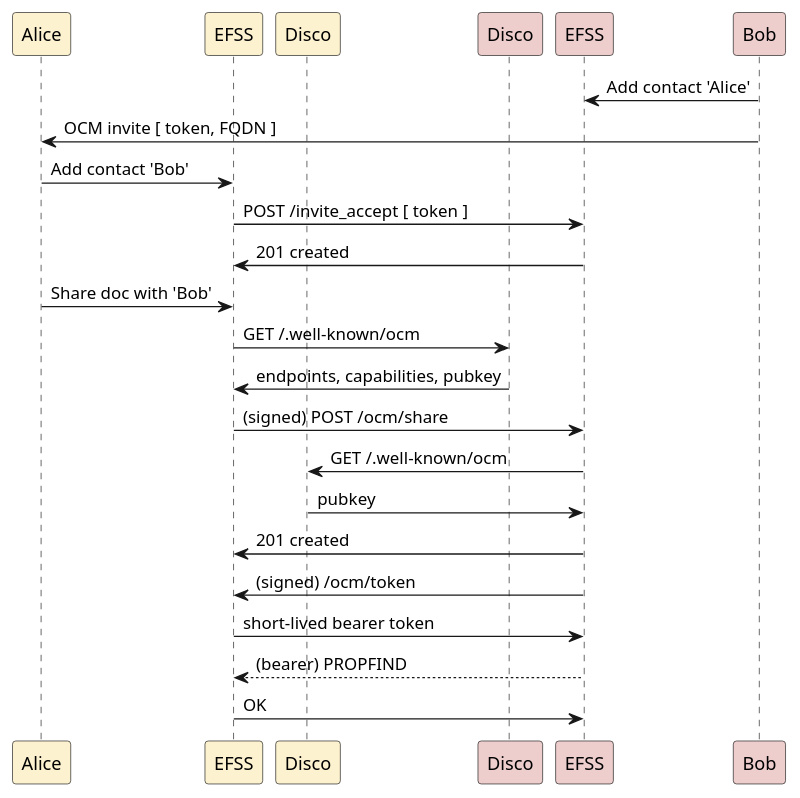
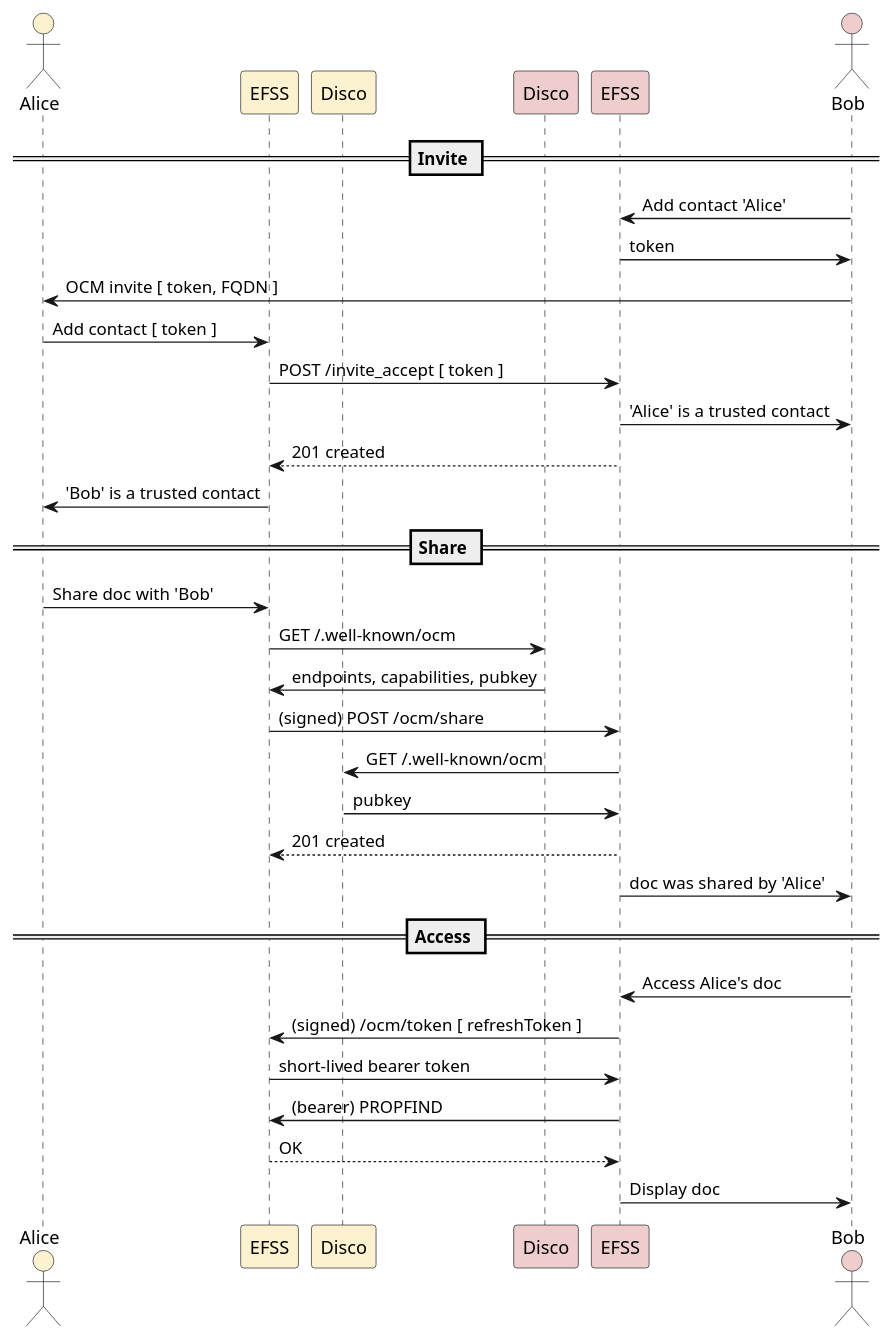
One commit to cs3org/OCM-API changed the diagram in diagrams/code-flow.puml. Above: the diagram before and after it, drawn with PlantUML.

Commit message:
Enriched code-flow diagram

```diff
--- a/diagrams/code-flow.puml
+++ b/diagrams/code-flow.puml
@@ -1,26 +1,35 @@
 @startuml
 
-participant "Alice" as Alice_user #fdf2d0
+actor "Alice" as Alice_user #fdf2d0
 participant "EFSS" as Alice_EFSS #fdf2d0
 participant "Disco" as Alice_Disco #fdf2d0
 participant "Disco" as Bob_Disco #eececd
-participant "EFSS" as Bob_OCM #eececd
-participant "Bob" as Bob_user #eececd
-Bob_user -> Bob_OCM: Add contact 'Alice'
+participant "EFSS" as Bob_EFSS #eececd
+actor "Bob" as Bob_user #eececd
+== Invite ==
+Bob_user -> Bob_EFSS: Add contact 'Alice'
+Bob_EFSS -> Bob_user: token
 Bob_user -> Alice_user: OCM invite [ token, FQDN ]
-Alice_user -> Alice_EFSS: Add contact 'Bob'
-Alice_EFSS -> Bob_OCM: POST /invite_accept [ token ]
-Bob_OCM -> Alice_EFSS: 201 created
+Alice_user -> Alice_EFSS: Add contact [ token ]
+Alice_EFSS -> Bob_EFSS: POST /invite_accept [ token ]
+Bob_EFSS -> Bob_user: 'Alice' is a trusted contact
+Bob_EFSS --> Alice_EFSS: 201 created
+Alice_EFSS -> Alice_user: 'Bob' is a trusted contact
+== Share ==
 Alice_user -> Alice_EFSS: Share doc with 'Bob'
 Alice_EFSS -> Bob_Disco: GET /.well-known/ocm
 Bob_Disco -> Alice_EFSS: endpoints, capabilities, pubkey
-Alice_EFSS -> Bob_OCM: (signed) POST /ocm/share
-Bob_OCM -> Alice_Disco: GET /.well-known/ocm
-Alice_Disco -> Bob_OCM: pubkey
-Bob_OCM -> Alice_EFSS: 201 created
-Bob_OCM -> Alice_EFSS: (signed) /ocm/token
-Alice_EFSS -> Bob_OCM: short-lived bearer token
-Bob_OCM --> Alice_EFSS: (bearer) PROPFIND
-Alice_EFSS -> Bob_OCM: OK
+Alice_EFSS -> Bob_EFSS: (signed) POST /ocm/share
+Bob_EFSS -> Alice_Disco: GET /.well-known/ocm
+Alice_Disco -> Bob_EFSS: pubkey
+Bob_EFSS --> Alice_EFSS: 201 created
+Bob_EFSS -> Bob_user: doc was shared by 'Alice'
+== Access ==
+Bob_user -> Bob_EFSS: Access Alice's doc
+Bob_EFSS -> Alice_EFSS: (signed) /ocm/token [ refreshToken ]
+Alice_EFSS -> Bob_EFSS: short-lived bearer token
+Bob_EFSS -> Alice_EFSS: (bearer) PROPFIND
+Alice_EFSS --> Bob_EFSS: OK
+Bob_EFSS -> Bob_user: Display doc
 
 @enduml
```
